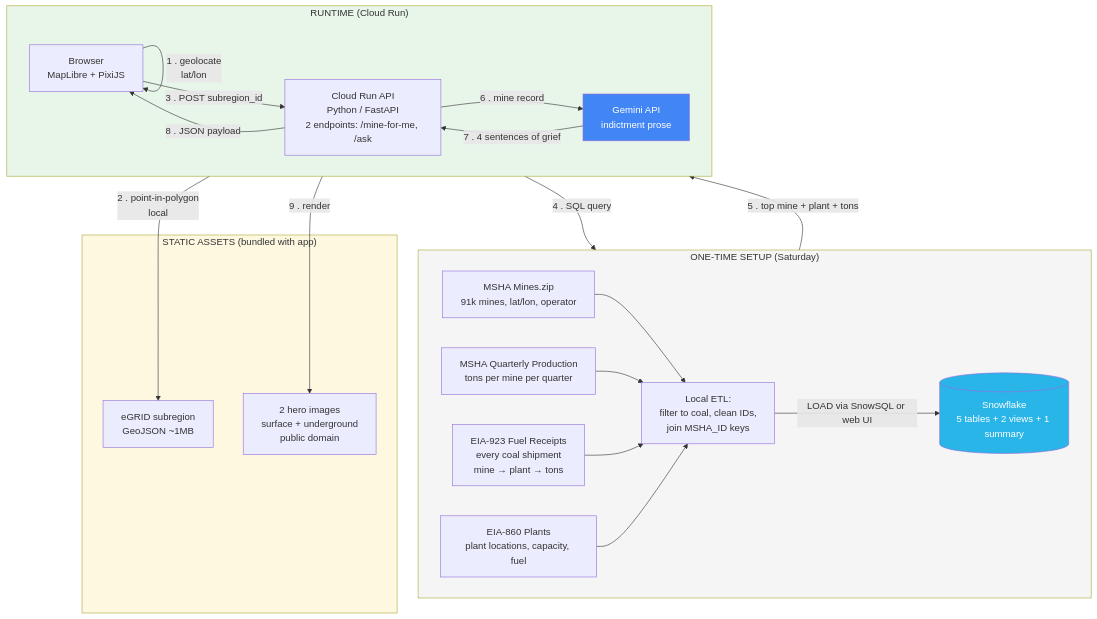
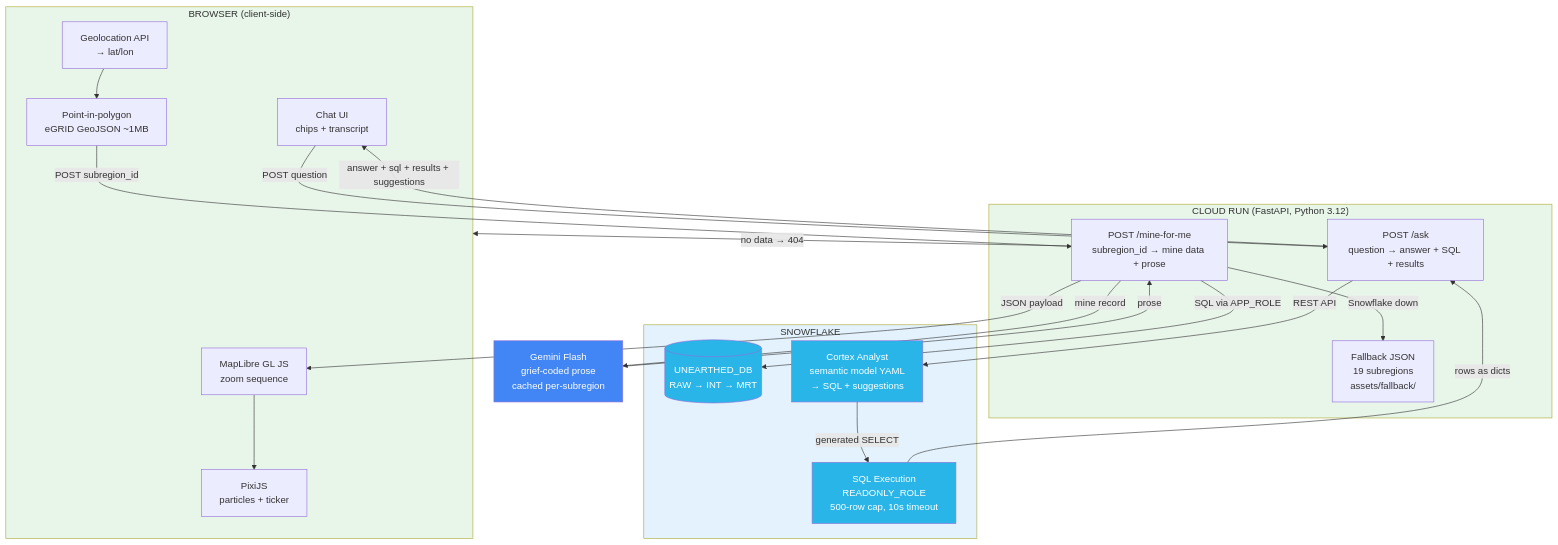
The first of 3 diagrams in system-diagram.md (anchildress1/unearthed), drawn with Mermaid before and after one commit. The commit also changed other lines of this file and 50 other files, not shown here.

First line of the commit message:
Add FastAPI backend with Snowflake + Gemini integration (#2)

````diff
--- a/system-diagram.md
+++ b/system-diagram.md
@@ -1,46 +5,47 @@
 ```mermaid
 flowchart TB
-    subgraph STAGE["ONE-TIME SETUP (Saturday)"]
-        direction LR
-        MSHA1[MSHA Mines.zip<br/>91k mines, lat/lon, operator]
-        MSHA2[MSHA Quarterly Production<br/>tons per mine per quarter]
-        EIA1[EIA-923 Fuel Receipts<br/>every coal shipment<br/>mine → plant → tons]
-        EIA2[EIA-860 Plants<br/>plant locations, capacity, fuel]
-        PREP[Local ETL:<br/>filter to coal, clean IDs,<br/>join MSHA_ID keys]
-        SNOW[(Snowflake<br/>5 tables + 2 views + 1 summary)]
-
-        MSHA1 --> PREP
-        MSHA2 --> PREP
-        EIA1 --> PREP
-        EIA2 --> PREP
-        PREP -->|LOAD via SnowSQL or web UI| SNOW
+    subgraph BROWSER["BROWSER (client-side)"]
+        GEO[Geolocation API<br/>→ lat/lon]
+        PIP[Point-in-polygon<br/>eGRID GeoJSON ~1MB]
+        MAP[MapLibre GL JS<br/>zoom sequence]
+        PIX[PixiJS<br/>particles + ticker]
+        CHAT[Chat UI<br/>chips + transcript]
+        GEO --> PIP
     end
 
-    subgraph STATIC["STATIC ASSETS (bundled with app)"]
-        GEO[eGRID subregion<br/>GeoJSON ~1MB]
-        IMG[2 hero images<br/>surface + underground<br/>public domain]
+    subgraph API["CLOUD RUN (FastAPI, Python 3.12)"]
+        MINE_EP[POST /mine-for-me<br/>subregion_id → mine data + prose]
+        ASK_EP[POST /ask<br/>question → answer + SQL + results]
+        FALLBACK[Fallback JSON<br/>19 subregions<br/>assets/fallback/]
     end
 
-    subgraph APP["RUNTIME (Cloud Run)"]
-        direction LR
-        BROWSER[Browser<br/>MapLibre + PixiJS]
-        API[Cloud Run API<br/>Python / FastAPI<br/>2 endpoints: /mine-for-me, /ask]
-        GEMINI[Gemini API<br/>indictment prose]
+    subgraph SNOW["SNOWFLAKE"]
+        DB[(UNEARTHED_DB<br/>RAW → INT → MRT)]
+        CORTEX[Cortex Analyst<br/>semantic model YAML<br/>→ SQL + suggestions]
+        RO_EXEC[SQL Execution<br/>READONLY_ROLE<br/>500-row cap, 10s timeout]
     end
 
-    BROWSER -->|1 . geolocate<br/>lat/lon| BROWSER
-    BROWSER -->|2 . point-in-polygon<br/>local| GEO
-    BROWSER -->|3 . POST subregion_id| API
-    API -->|4 . SQL query| SNOW
-    SNOW -->|5 . top mine + plant + tons| API
-    API -->|6 . mine record| GEMINI
-    GEMINI -->|7 . 4 sentences of grief| API
-    API -->|8 . JSON payload| BROWSER
-    BROWSER -->|9 . render| IMG
+    GEMINI[Gemini Flash<br/>grief-coded prose<br/>cached per-subregion]
 
-    style SNOW fill:#29b5e8,color:#fff
+    PIP -->|POST subregion_id| MINE_EP
+    CHAT -->|POST question| ASK_EP
+    MINE_EP -->|SQL via APP_ROLE| DB
+    MINE_EP -->|Snowflake down| FALLBACK
+    MINE_EP -->|mine record| GEMINI
+    GEMINI -->|prose| MINE_EP
+    MINE_EP -->|JSON payload| MAP
+    MAP --> PIX
+    ASK_EP -->|REST API| CORTEX
+    CORTEX -->|generated SELECT| RO_EXEC
+    RO_EXEC -->|rows as dicts| ASK_EP
+    ASK_EP -->|answer + sql + results + suggestions| CHAT
+    MINE_EP -->|no data → 404| BROWSER
+
+    style DB fill:#29b5e8,color:#fff
+    style CORTEX fill:#29b5e8,color:#fff
+    style RO_EXEC fill:#29b5e8,color:#fff
     style GEMINI fill:#4285f4,color:#fff
-    style STAGE fill:#f5f5f5
-    style STATIC fill:#fff8e1
-    style APP fill:#e8f5e9
+    style BROWSER fill:#e8f5e9
+    style API fill:#e8f5e9
+    style SNOW fill:#e3f2fd
 ```
````
